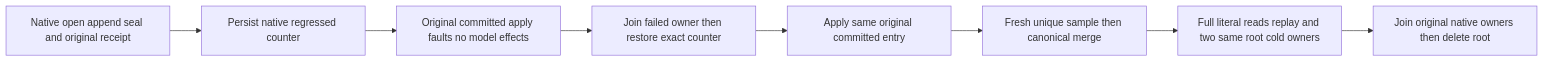
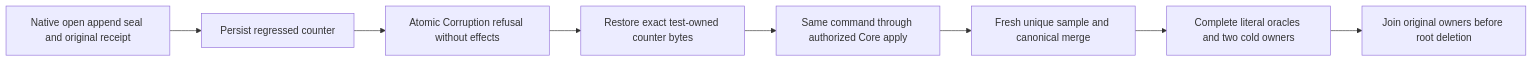
One commit to managedcode/KeyLoad changed the diagram in docs/Features/TimeSeries/CanonicalSequenceIntegrity.md. Above: the diagram before and after it, drawn with Mermaid. The commit also changed other lines of this file and 640 other files, not shown here.

````diff
--- a/docs/Features/TimeSeries/CanonicalSequenceIntegrity.md
+++ b/docs/Features/TimeSeries/CanonicalSequenceIntegrity.md
@@ -13,10 +36,10 @@
 ```mermaid
 flowchart LR
-    Seed[Native open append seal and original receipt] --> Fault[Persist native regressed counter]
-    Fault --> Refuse[Original committed apply faults no model effects]
-    Refuse --> Repair[Join failed owner then restore exact counter]
-    Repair --> Replay[Apply same original committed entry]
-    Replay --> Healthy[Fresh unique sample then canonical merge]
-    Healthy --> Cold[Full literal reads replay and two same root cold owners]
-    Cold --> Join[Join original native owners then delete root]
+    Seed[Native open append seal and original receipt] --> Fault[Persist regressed counter]
+    Fault --> Refuse[Atomic Corruption refusal without effects]
+    Refuse --> Repair[Restore exact test-owned counter bytes]
+    Repair --> Retry[Same command through authorized Core apply]
+    Retry --> Healthy[Fresh unique sample and canonical merge]
+    Healthy --> Cold[Complete literal oracles and two cold owners]
+    Cold --> Join[Join original owners before root deletion]
 ```
````
